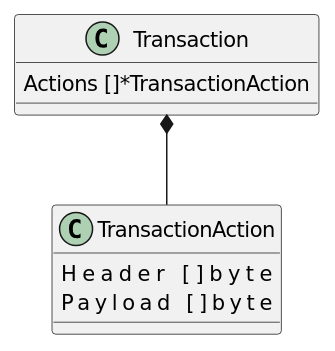
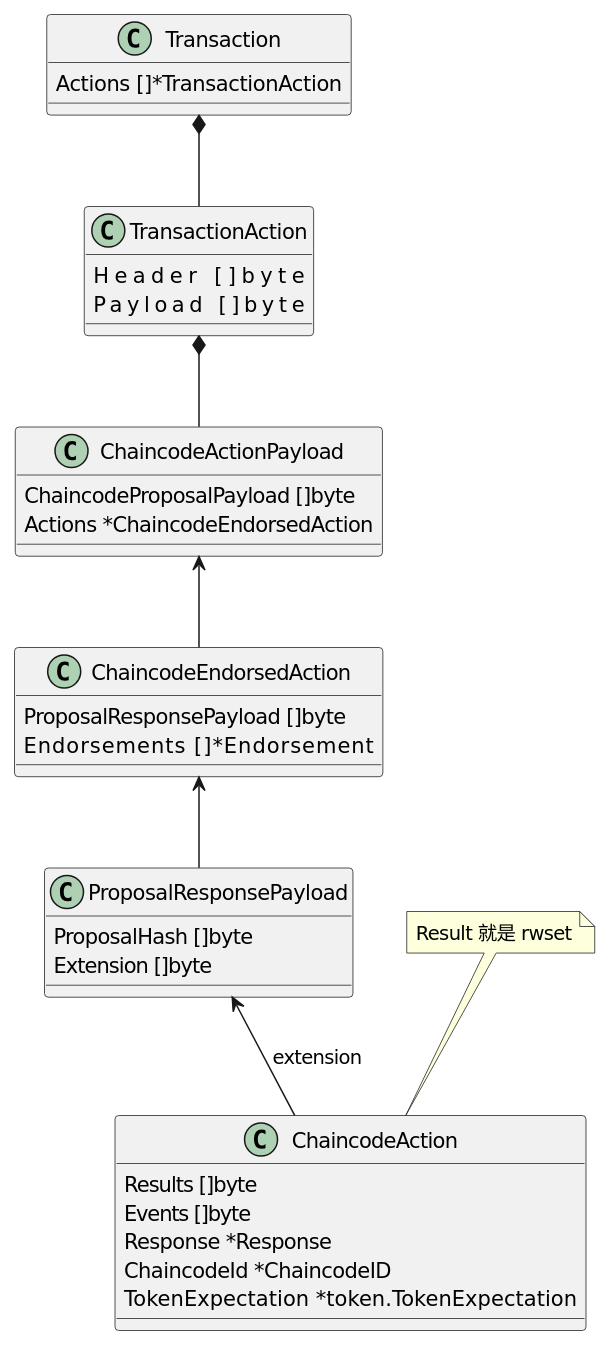
Before and after one commit to ping40/fabric: the diagram in learning/tx.puml, drawn with PlantUML. The commit also changed 9 other files, not shown here.

```diff
--- a/learning/tx.puml
+++ b/learning/tx.puml
@@ -1,12 +1,45 @@
 @startuml
 class Transaction {
   Actions  []*TransactionAction
 }
 
 class TransactionAction  {
     Header               []byte
     Payload              []byte
 }
 
 Transaction *-- TransactionAction
+
+class ChaincodeActionPayload {
+    ChaincodeProposalPayload []byte
+    Actions *ChaincodeEndorsedAction
+}
+
+TransactionAction *-- ChaincodeActionPayload
+
+class ChaincodeEndorsedAction {
+    ProposalResponsePayload []byte
+    Endorsements         []*Endorsement
+}
+
+ChaincodeActionPayload <--ChaincodeEndorsedAction
+
+class ProposalResponsePayload {
+   ProposalHash []byte
+   Extension []byte
+}
+ChaincodeEndorsedAction <--ProposalResponsePayload
+
+
+class ChaincodeAction {
+	Results []byte
+	Events []byte
+	Response *Response
+	ChaincodeId *ChaincodeID
+	TokenExpectation     *token.TokenExpectation
+}
+ProposalResponsePayload <--ChaincodeAction : extension
+
+note top of ChaincodeAction : Result 就是 rwset
+
 @enduml
```
